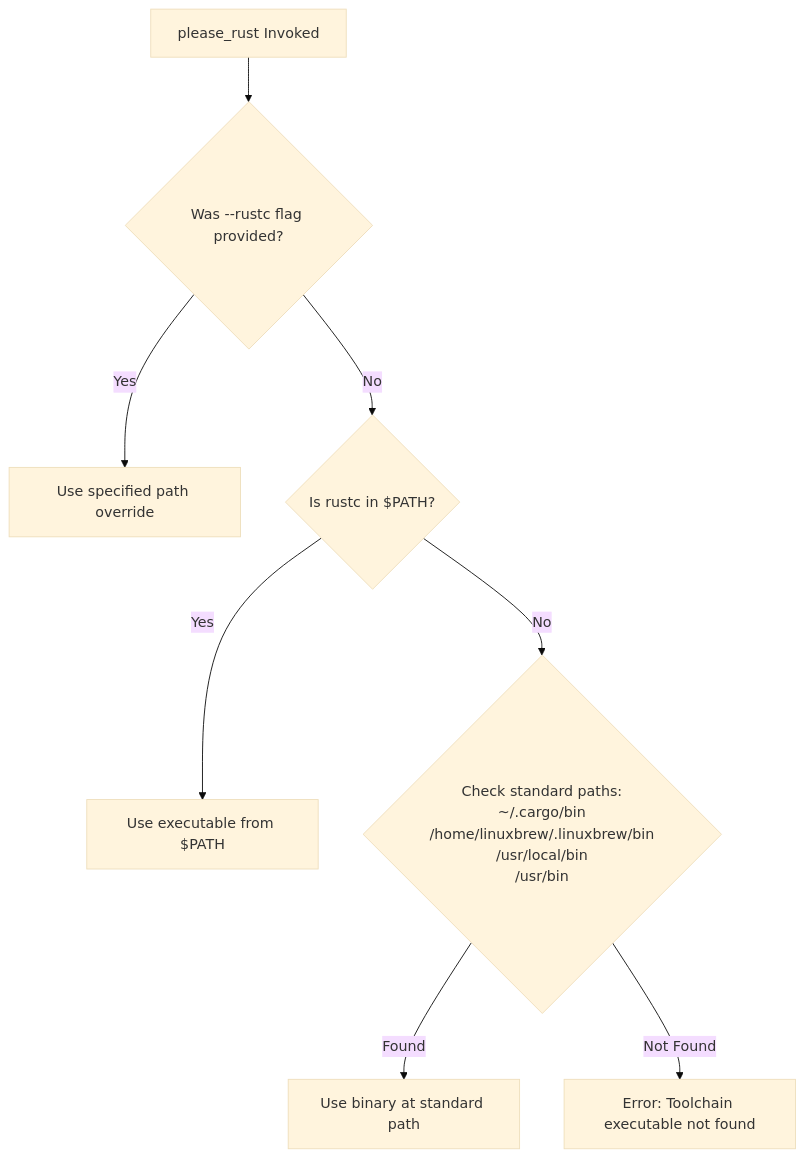
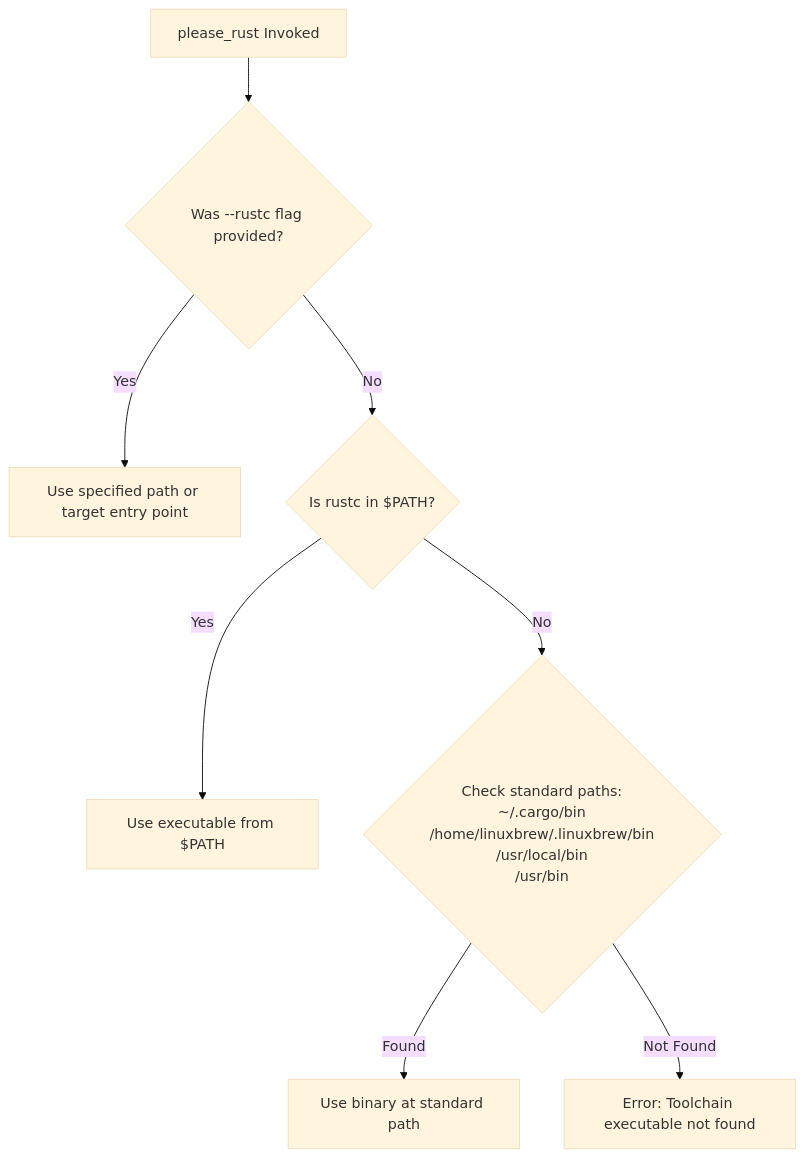
The diagram in docs/rust/dependencies.md (wcodesoft/please-rules), drawn with Mermaid (base theme) before and after one commit. The commit also changed other lines of this file and 16 other files, not shown here.

````diff
--- a/docs/rust/dependencies.md
+++ b/docs/rust/dependencies.md
@@ -34,10 +65,10 @@
 ```mermaid
 flowchart TD
     START[please_rust Invoked] --> CHECK_FLAG{Was --rustc flag provided?}
-    CHECK_FLAG -- Yes --> USE_FLAG[Use specified path override]
+    CHECK_FLAG -- Yes --> USE_FLAG[Use specified path or target entry point]
     CHECK_FLAG -- No --> CHECK_PATH{Is rustc in $PATH?}
     CHECK_PATH -- Yes --> USE_PATH[Use executable from $PATH]
     CHECK_PATH -- No --> CHECK_STD{Check standard paths:<br/>~/.cargo/bin<br/>/home/linuxbrew/.linuxbrew/bin<br/>/usr/local/bin<br/>/usr/bin}
     CHECK_STD -- Found --> USE_STD[Use binary at standard path]
     CHECK_STD -- Not Found --> FAIL[Error: Toolchain executable not found]
 ```
````
